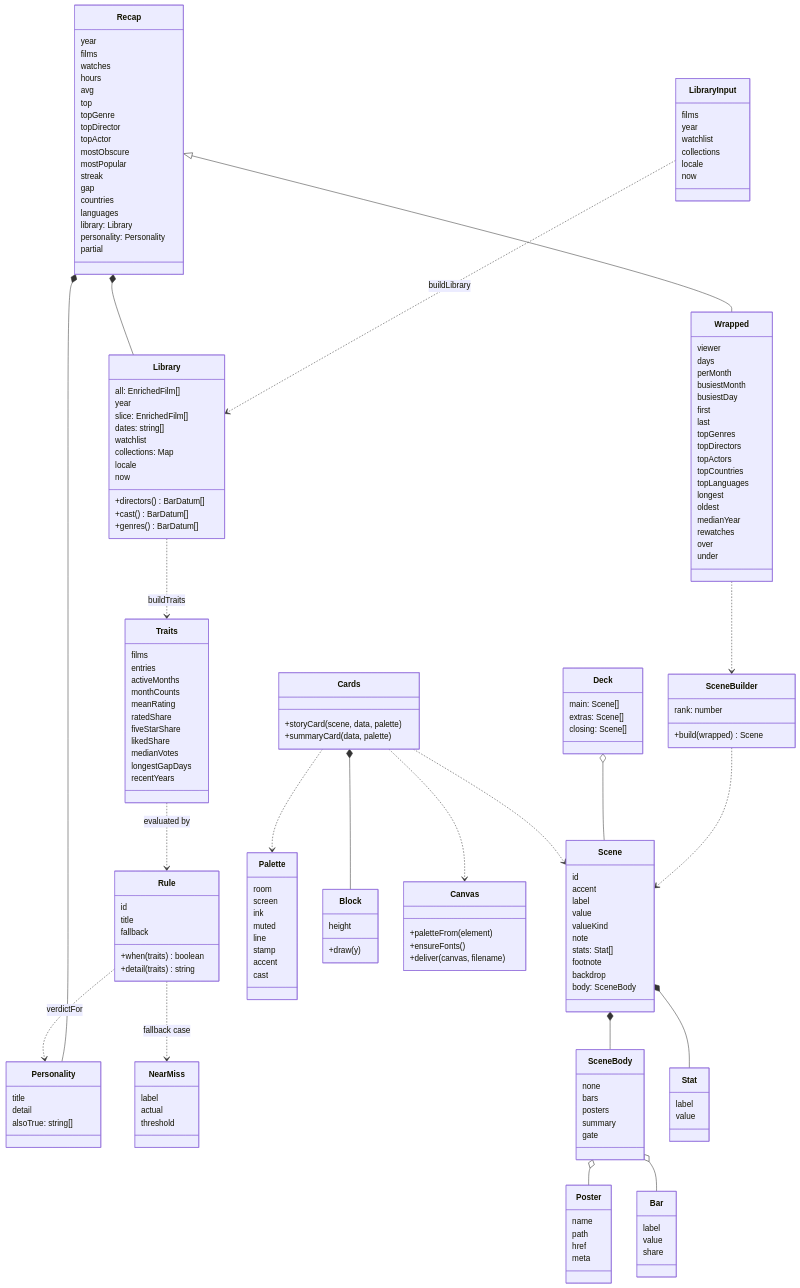
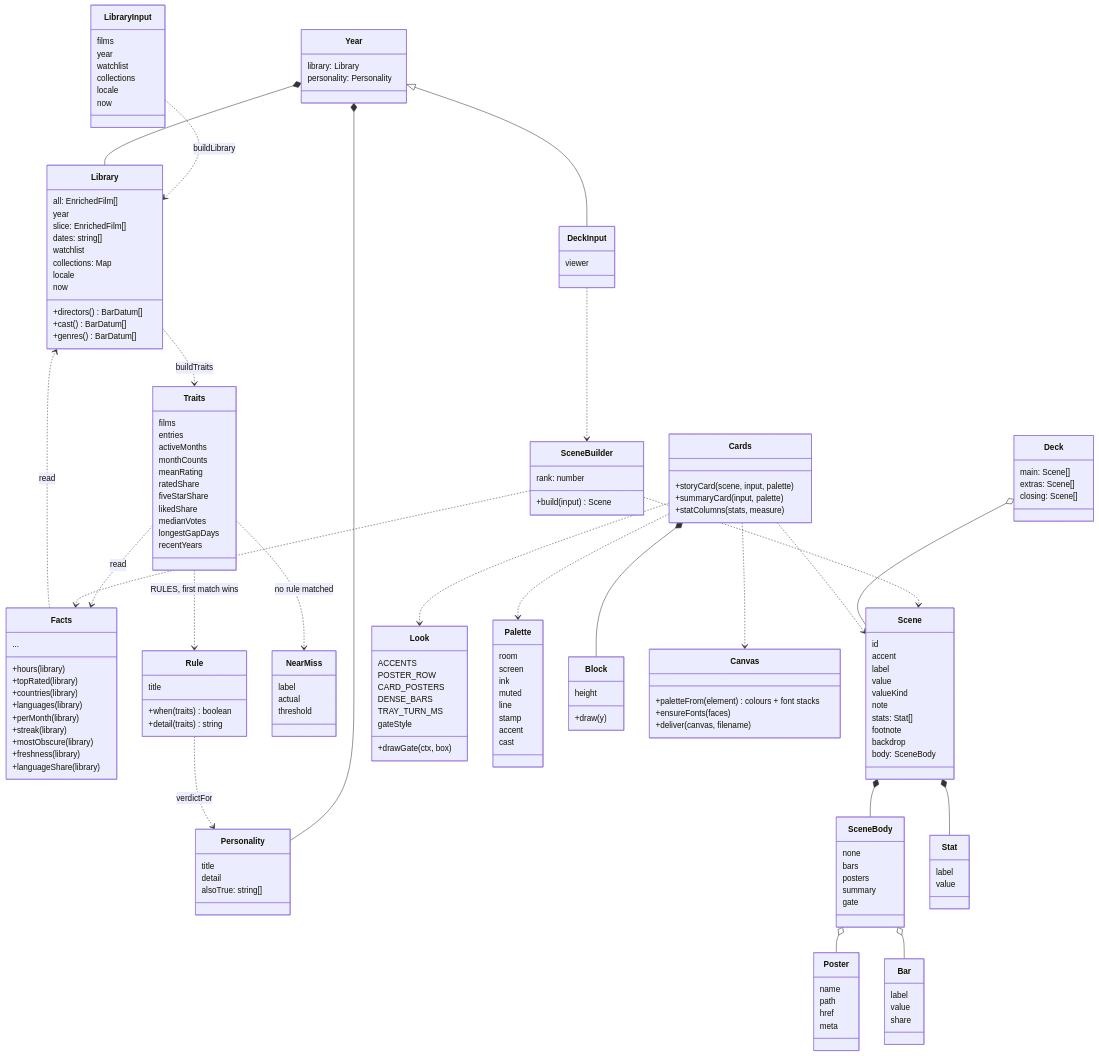
Before and after one commit to LaurinSorgend/letterboxd-vizard: diagram 17 of 26 in docs/ARCHITECTURE.md, drawn with Mermaid. The commit also changed other lines of this file and 319 other files, not shown here.

Commit message:
Untangle the codebase: shared film/api/year modules, per-section dashboard, generic server caches

````diff
--- a/docs/ARCHITECTURE.md
+++ b/docs/ARCHITECTURE.md
@@ -842,45 +1032,24 @@
         +cast() BarDatum[]
         +genres() BarDatum[]
     }
-    class Recap {
-        year
-        films
-        watches
-        hours
-        avg
-        top
-        topGenre
-        topDirector
-        topActor
-        mostObscure
-        mostPopular
-        streak
-        gap
-        countries
-        languages
+    class Year {
         library: Library
         personality: Personality
-        partial
     }
-    class Wrapped {
+    class DeckInput {
         viewer
-        days
-        perMonth
-        busiestMonth
-        busiestDay
-        first
-        last
-        topGenres
-        topDirectors
-        topActors
-        topCountries
-        topLanguages
-        longest
-        oldest
-        medianYear
-        rewatches
-        over
-        under
+    }
+    class Facts {
+        +hours(library)
+        +topRated(library)
+        +countries(library)
+        +languages(library)
+        +perMonth(library)
+        +streak(library)
+        +mostObscure(library)
+        +freshness(library)
+        +languageShare(library)
+        ...
     }
     class Personality {
         title
@@ -901,9 +1070,7 @@
         recentYears
     }
     class Rule {
-        id
         title
-        fallback
         +when(traits) boolean
         +detail(traits) string
     }
@@ -919,7 +1086,7 @@
     }
     class SceneBuilder {
         rank: number
-        +build(wrapped) Scene
+        +build(input) Scene
     }
     class Scene {
         id
@@ -955,6 +1122,15 @@
         label
         value
     }
+    class Look {
+        ACCENTS
+        POSTER_ROW
+        CARD_POSTERS
+        DENSE_BARS
+        TRAY_TURN_MS
+        gateStyle
+        +drawGate(ctx, box)
+    }
     class Palette {
         room
         screen
@@ -970,24 +1146,28 @@
         +draw(y)
     }
     class Cards {
-        +storyCard(scene, data, palette)
-        +summaryCard(data, palette)
+        +storyCard(scene, input, palette)
+        +summaryCard(input, palette)
+        +statColumns(stats, measure)
     }
     class Canvas {
-        +paletteFrom(element)
-        +ensureFonts()
+        +paletteFrom(element) colours + font stacks
+        +ensureFonts(faces)
         +deliver(canvas, filename)
     }
 
     LibraryInput ..> Library : buildLibrary
-    Recap *-- Library
-    Recap *-- Personality
-    Recap <|-- Wrapped
+    Year *-- Library
+    Year *-- Personality
+    Year <|-- DeckInput
+    Facts ..> Library : read
     Library ..> Traits : buildTraits
-    Traits ..> Rule : evaluated by
+    Traits ..> Facts : read
+    Traits ..> Rule : RULES, first match wins
     Rule ..> Personality : verdictFor
-    Rule ..> NearMiss : fallback case
-    Wrapped ..> SceneBuilder
+    Traits ..> NearMiss : no rule matched
+    DeckInput ..> SceneBuilder
+    SceneBuilder ..> Facts
     SceneBuilder ..> Scene
     Deck o-- Scene
     Scene *-- SceneBody
@@ -998,4 +1178,5 @@
     Cards ..> Palette
     Cards *-- Block
     Cards ..> Canvas
+    Cards ..> Look
 ```
````
